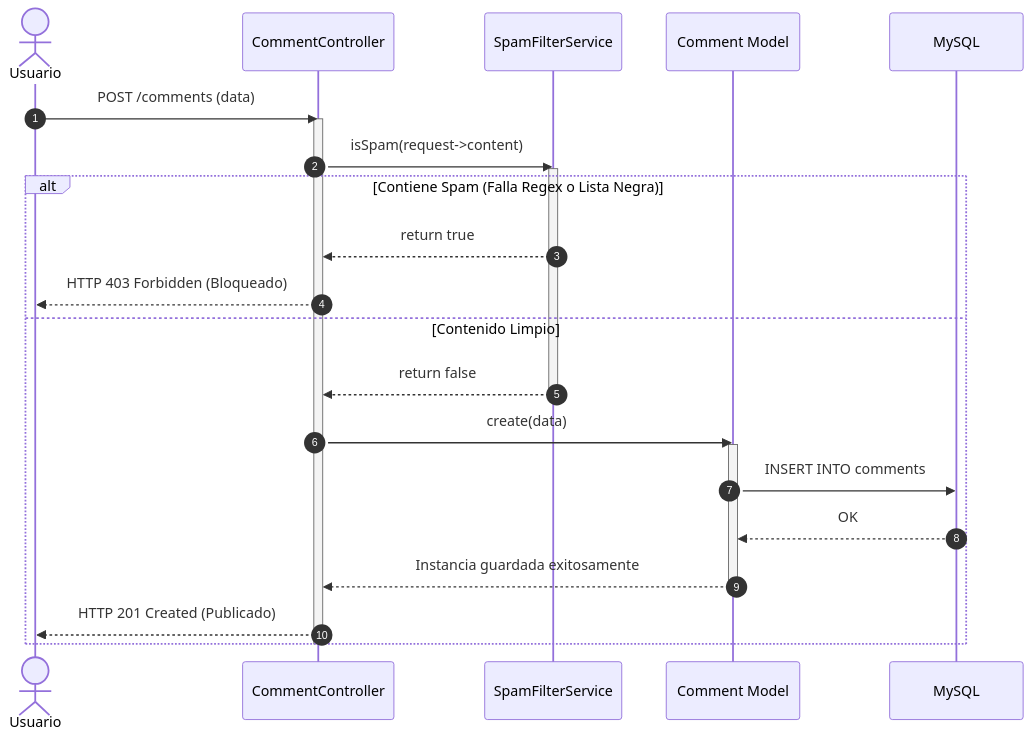
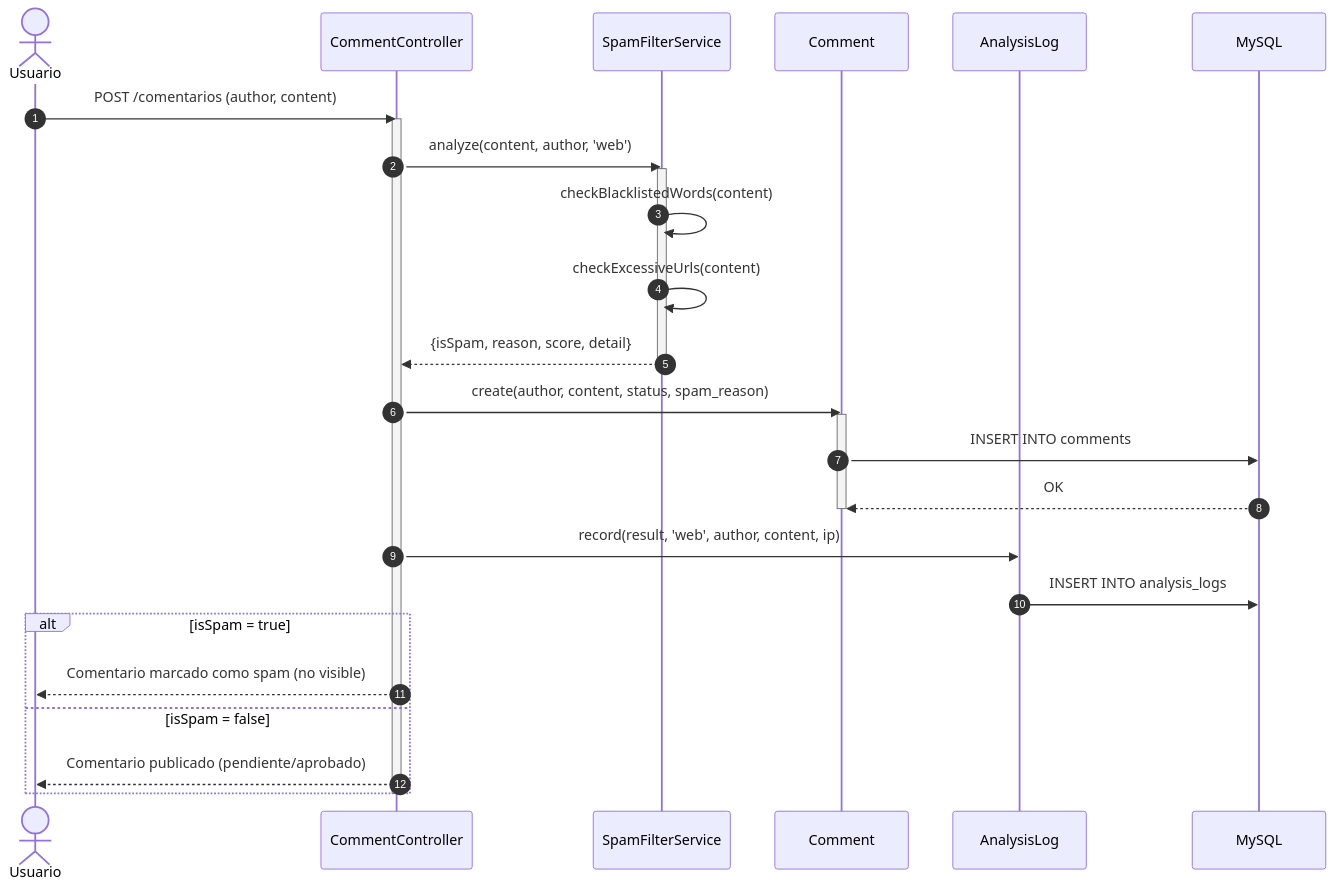
The third of 11 diagrams in docs/FD04-Informe-Arquitectura.md (UPT-FAING-EPIS/proyecto-si784-2026-i-u1-antispam), drawn with Mermaid before and after one commit. The commit also changed other lines of this file, not shown here.

First line of the commit message:
Actualizar diagramas Mermaid del FD04 a la arquitectura real del sistema

````diff
--- a/docs/FD04-Informe-Arquitectura.md
+++ b/docs/FD04-Informe-Arquitectura.md
@@ -173,33 +218,36 @@
 ```mermaid
 sequenceDiagram
     autonumber
     actor Usuario
     participant Controller as CommentController
     participant Service as SpamFilterService
-    participant Model as Comment Model
+    participant Model as Comment
+    participant Log as AnalysisLog
     participant BD as MySQL
 
-    Usuario->>Controller: POST /comments (data)
+    Usuario->>Controller: POST /comentarios (author, content)
     activate Controller
-    
-    Controller->>Service: isSpam(request->content)
+
+    Controller->>Service: analyze(content, author, 'web')
     activate Service
-    
-    alt Contiene Spam (Falla Regex o Lista Negra)
-        Service-->>Controller: return true
-        Controller-->>Usuario: HTTP 403 Forbidden (Bloqueado)
-    else Contenido Limpio
-        Service-->>Controller: return false
-        deactivate Service
-        
-        Controller->>Model: create(data)
-        activate Model
-        Model->>BD: INSERT INTO comments
-        BD-->>Model: OK
-        Model-->>Controller: Instancia guardada exitosamente
-        deactivate Model
-        
-        Controller-->>Usuario: HTTP 201 Created (Publicado)
+    Service->>Service: checkBlacklistedWords(content)
+    Service->>Service: checkExcessiveUrls(content)
+    Service-->>Controller: {isSpam, reason, score, detail}
+    deactivate Service
+
+    Controller->>Model: create(author, content, status, spam_reason)
+    activate Model
+    Model->>BD: INSERT INTO comments
+    BD-->>Model: OK
+    deactivate Model
+
+    Controller->>Log: record(result, 'web', author, content, ip)
+    Log->>BD: INSERT INTO analysis_logs
+
+    alt isSpam = true
+        Controller-->>Usuario: Comentario marcado como spam (no visible)
+    else isSpam = false
+        Controller-->>Usuario: Comentario publicado (pendiente/aprobado)
     end
     deactivate Controller
 ```
````
